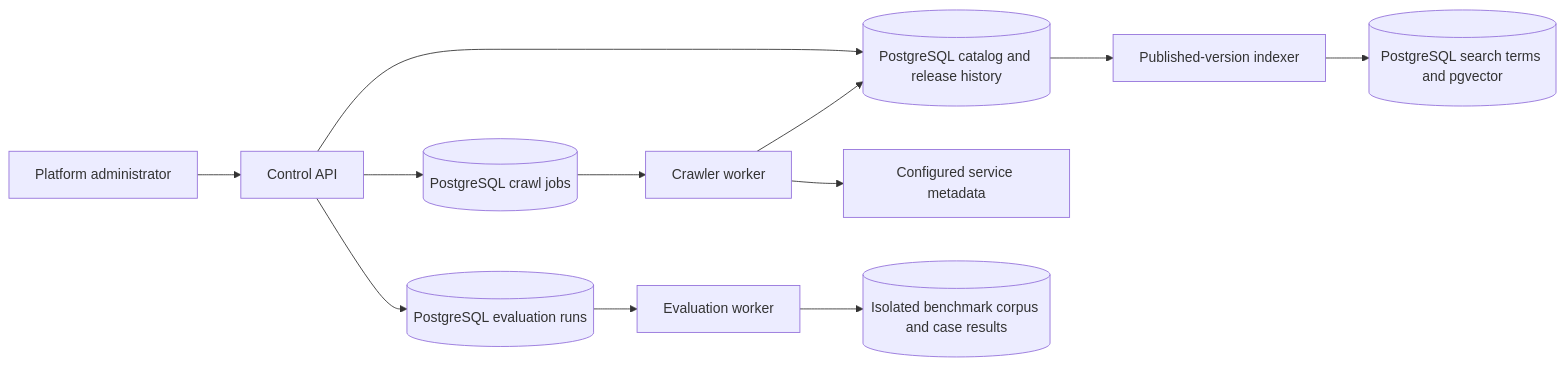
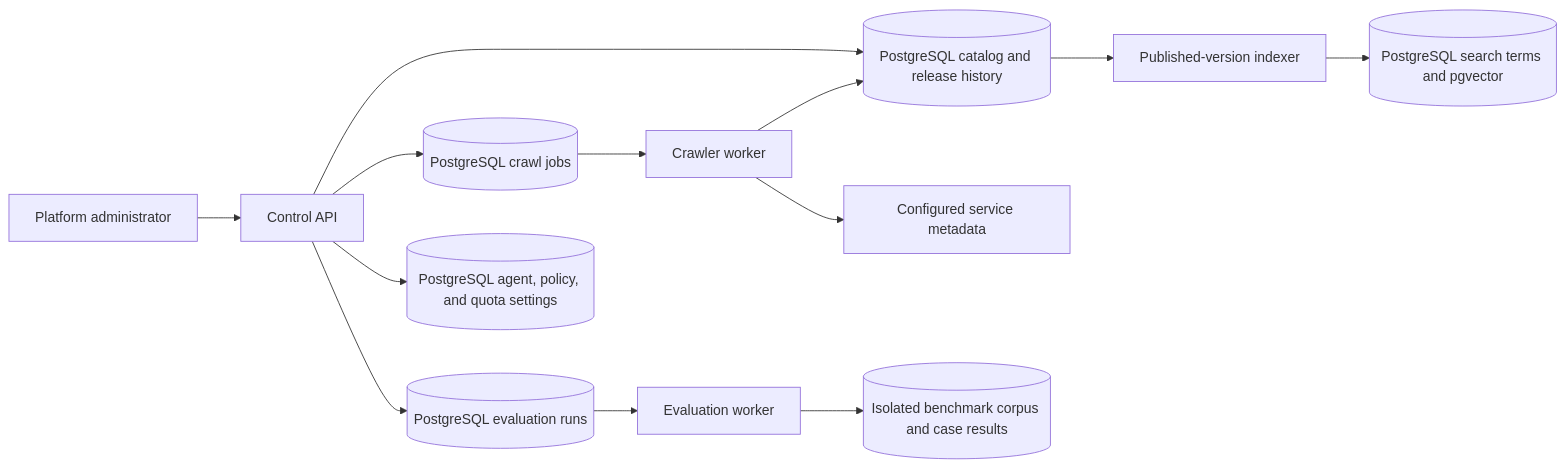
Before and after one commit to NagaRamya1531-tech/ToolMesh-AI: the first of 11 diagrams in docs/architecture.md, drawn with Mermaid. The commit also changed other lines of this file and 53 other files, not shown here.

````diff
--- a/docs/architecture.md
+++ b/docs/architecture.md
@@ -15,14 +15,15 @@
 ```mermaid
 flowchart LR
     Admin["Platform administrator"] --> API["Control API"]
     API --> Jobs[("PostgreSQL crawl jobs")]
     API --> Catalog[("PostgreSQL catalog and release history")]
     API --> Eval[("PostgreSQL evaluation runs")]
+    API --> Policy[("PostgreSQL agent, policy, and quota settings")]
     Jobs --> Crawl["Crawler worker"]
     Crawl --> Target["Configured service metadata"]
     Crawl --> Catalog
     Catalog --> Index["Published-version indexer"]
     Index --> Discovery[("PostgreSQL search terms and pgvector")]
     Eval --> Compare["Evaluation worker"]
     Compare --> Scratch[("Isolated benchmark corpus and case results")]
 ```
````
